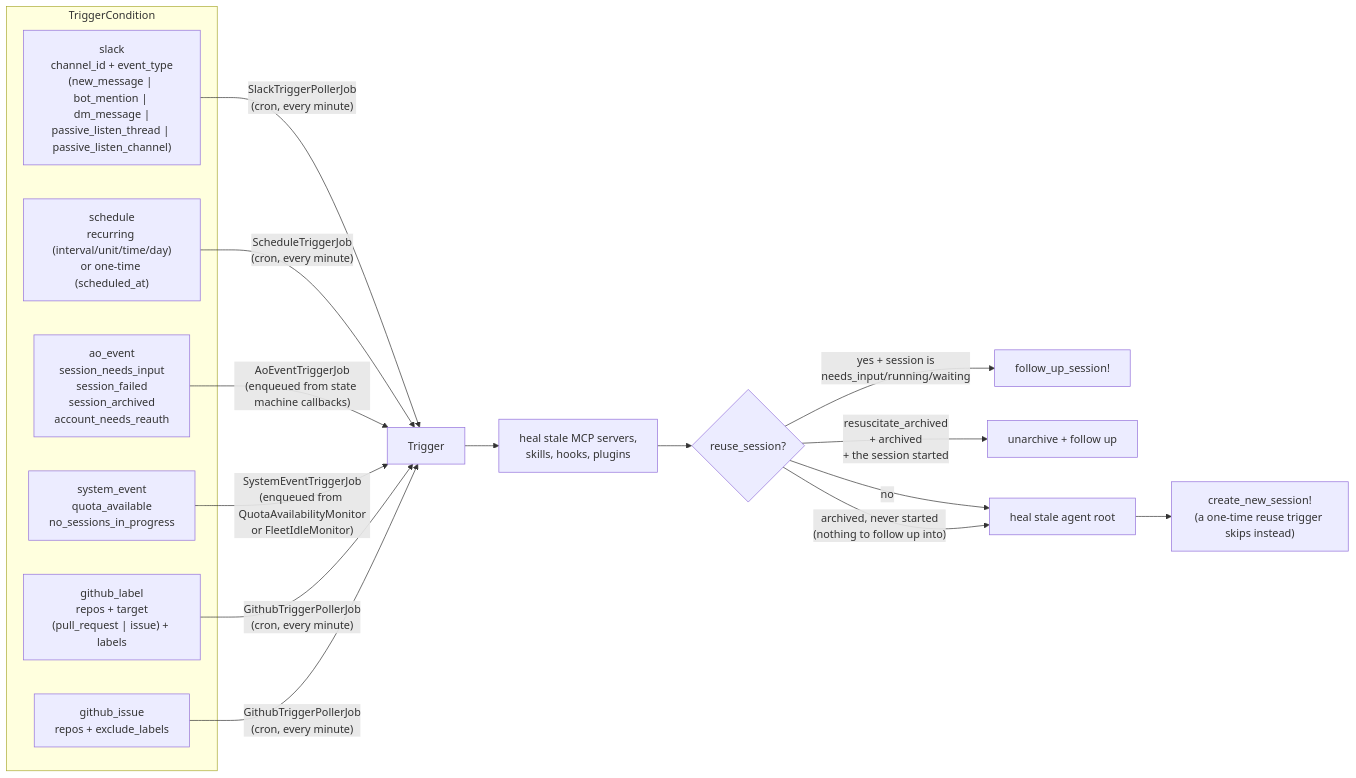
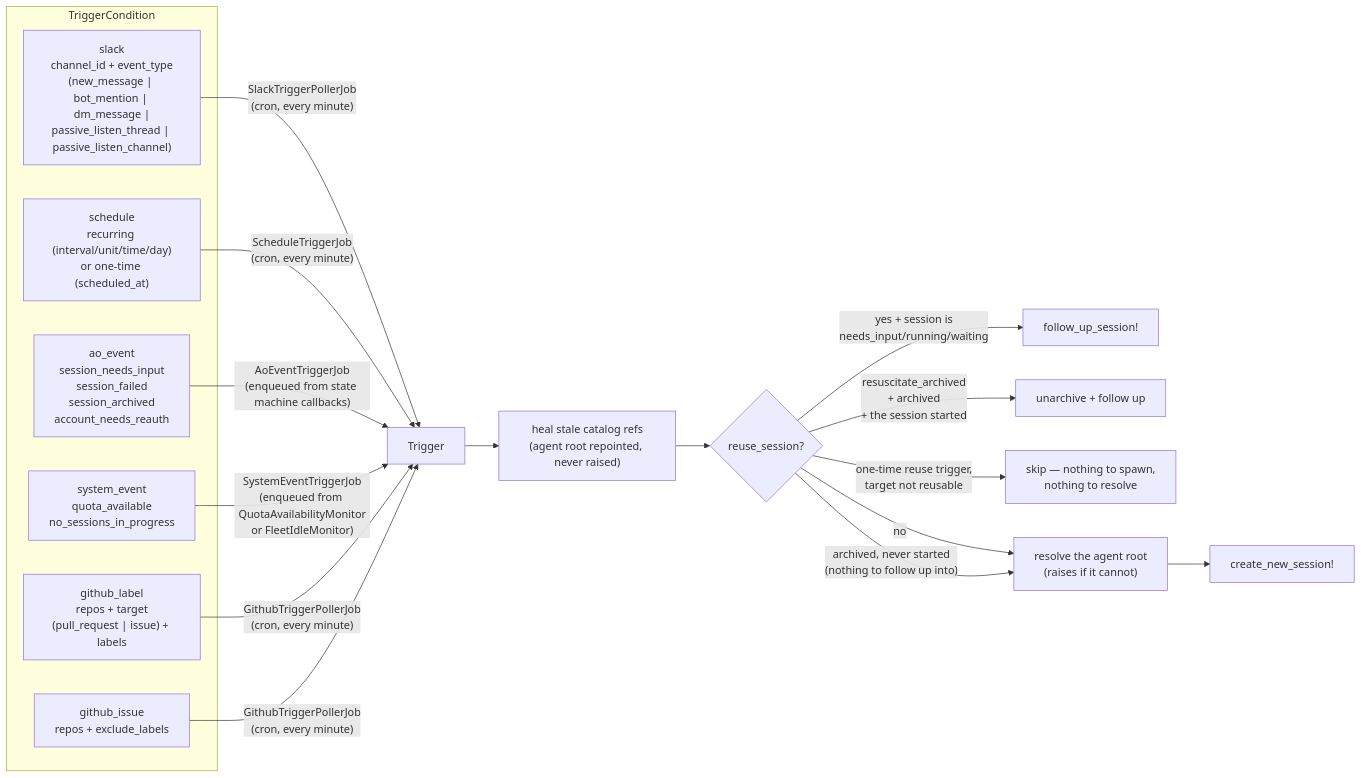
Before and after one commit to tadasant/zimmer: the first of 2 diagrams in docs/src/content/docs/sessions/triggers.md, drawn with Mermaid. The commit also changed other lines of this file and 5 other files, not shown here.

````diff
--- a/docs/src/content/docs/sessions/triggers.md
+++ b/docs/src/content/docs/sessions/triggers.md
@@ -15,26 +15,27 @@
 ```mermaid
 flowchart LR
     subgraph conditions["TriggerCondition"]
         SL["slack<br/>channel_id + event_type<br/>(new_message | bot_mention | dm_message |<br/>passive_listen_thread | passive_listen_channel)"]
         SC["schedule<br/>recurring (interval/unit/time/day)<br/>or one-time (scheduled_at)"]
         AO["ao_event<br/>session_needs_input<br/>session_failed<br/>session_archived<br/>account_needs_reauth"]
         SE["system_event<br/>quota_available<br/>no_sessions_in_progress"]
         GL["github_label<br/>repos + target<br/>(pull_request | issue) + labels"]
         GI["github_issue<br/>repos + exclude_labels"]
     end
 
     SL -->|"SlackTriggerPollerJob<br/>(cron, every minute)"| T["Trigger"]
     SC -->|"ScheduleTriggerJob<br/>(cron, every minute)"| T
     AO -->|"AoEventTriggerJob<br/>(enqueued from state machine callbacks)"| T
     SE -->|"SystemEventTriggerJob<br/>(enqueued from QuotaAvailabilityMonitor<br/>or FleetIdleMonitor)"| T
     GL -->|"GithubTriggerPollerJob<br/>(cron, every minute)"| T
     GI -->|"GithubTriggerPollerJob<br/>(cron, every minute)"| T
 
-    T --> H["heal stale MCP servers,<br/>skills, hooks, plugins"]
+    T --> H["heal stale catalog refs<br/>(agent root repointed, never raised)"]
     H --> D{"reuse_session?"}
     D -->|"yes + session is<br/>needs_input/running/waiting"| FU["follow_up_session!"]
     D -->|"resuscitate_archived<br/>+ archived<br/>+ the session started"| RS["unarchive + follow up"]
-    D -->|no| HR["heal stale agent root"]
+    D -->|"one-time reuse trigger,<br/>target not reusable"| SK["skip — nothing to spawn,<br/>nothing to resolve"]
+    D -->|no| HR["resolve the agent root<br/>(raises if it cannot)"]
     D -->|"archived, never started<br/>(nothing to follow up into)"| HR
-    HR --> NEW["create_new_session!<br/>(a one-time reuse trigger skips instead)"]
+    HR --> NEW["create_new_session!"]
 ```
````
